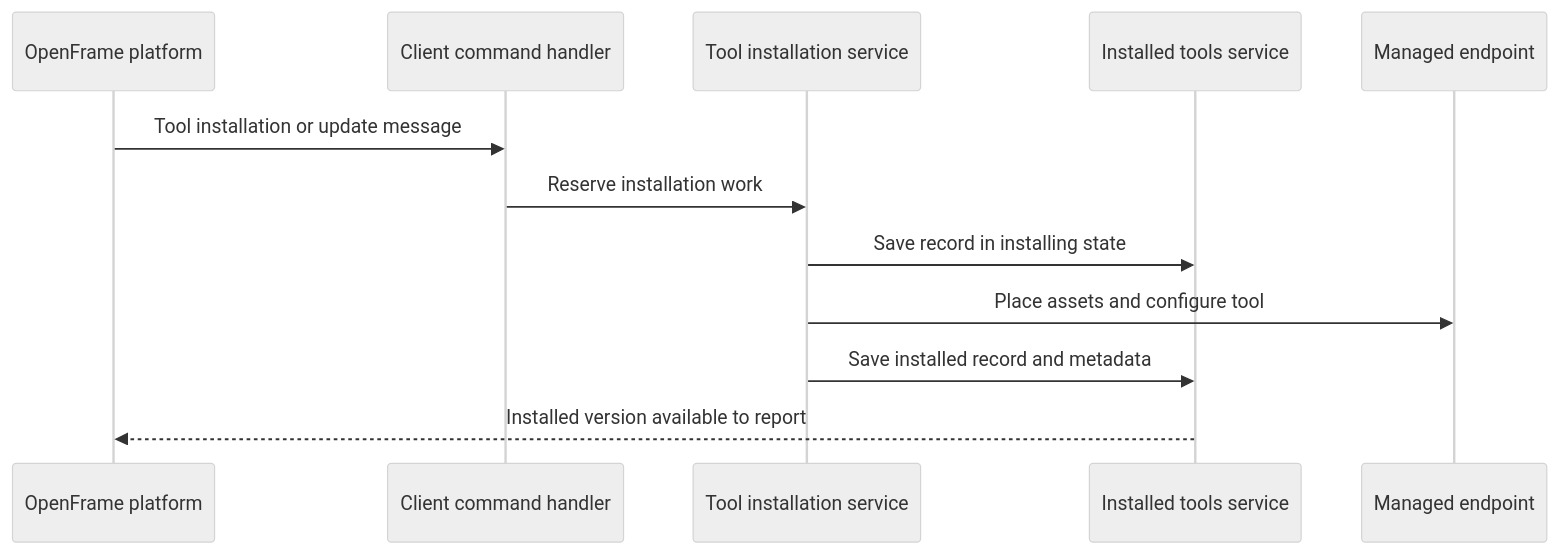
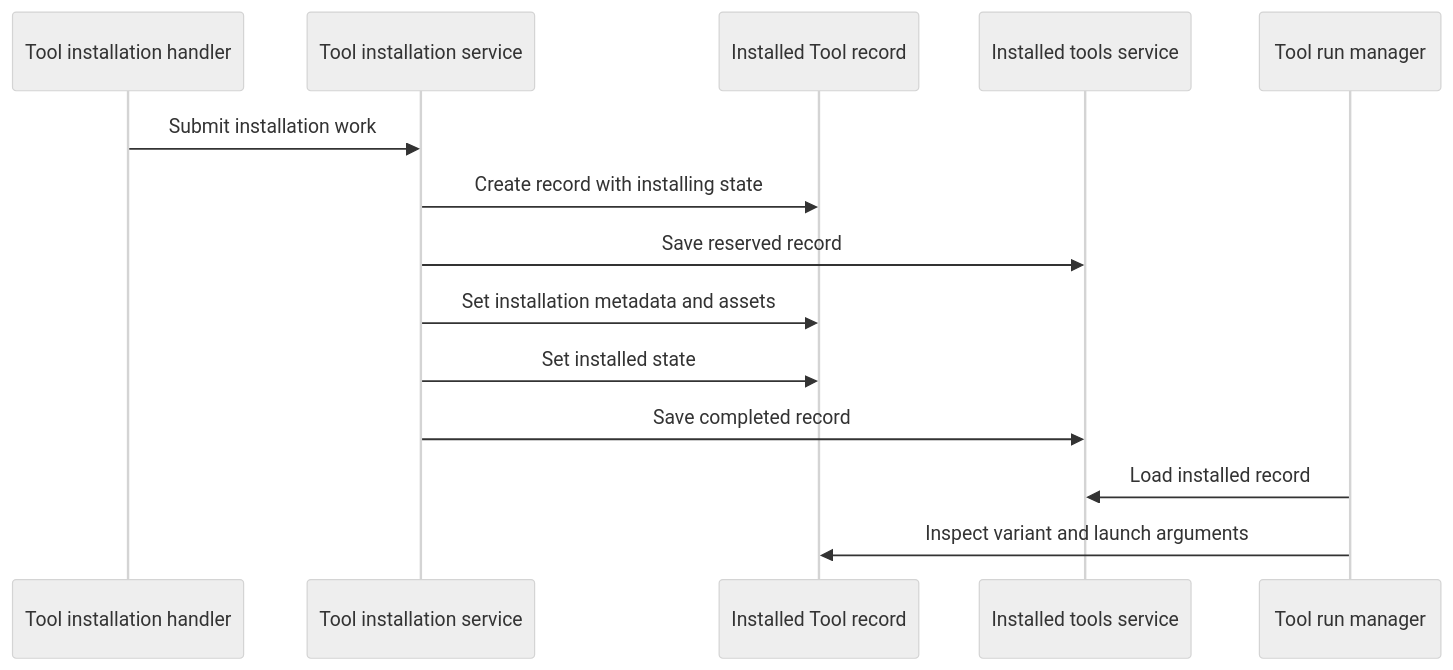
Before and after one commit to flamingo-stack/openframe-oss-tenant: the fourth of 4 diagrams in docs/reference/architecture/openframe-client-core/model-installed-tool/model-installed-tool.md, drawn with Mermaid (neutral theme). The commit also changed other lines of this file and 2377 other files, not shown here.

````diff
--- a/docs/reference/architecture/openframe-client-core/model-installed-tool/model-installed-tool.md
+++ b/docs/reference/architecture/openframe-client-core/model-installed-tool/model-installed-tool.md
@@ -134,14 +118,16 @@
 ```mermaid
 sequenceDiagram
-    participant Control as OpenFrame platform
-    participant Handler as Client command handler
+    participant Handler as Tool installation handler
     participant Installer as Tool installation service
+    participant Record as Installed Tool record
     participant Store as Installed tools service
-    participant Host as Managed endpoint
-    Control->>Handler: Tool installation or update message
-    Handler->>Installer: Reserve installation work
-    Installer->>Store: Save record in installing state
-    Installer->>Host: Place assets and configure tool
-    Installer->>Store: Save installed record and metadata
-    Store-->>Control: Installed version available to report
+    participant Runner as Tool run manager
+    Handler->>Installer: Submit installation work
+    Installer->>Record: Create record with installing state
+    Installer->>Store: Save reserved record
+    Installer->>Record: Set installation metadata and assets
+    Installer->>Record: Set installed state
+    Installer->>Store: Save completed record
+    Runner->>Store: Load installed record
+    Runner->>Record: Inspect variant and launch arguments
 ```
````
